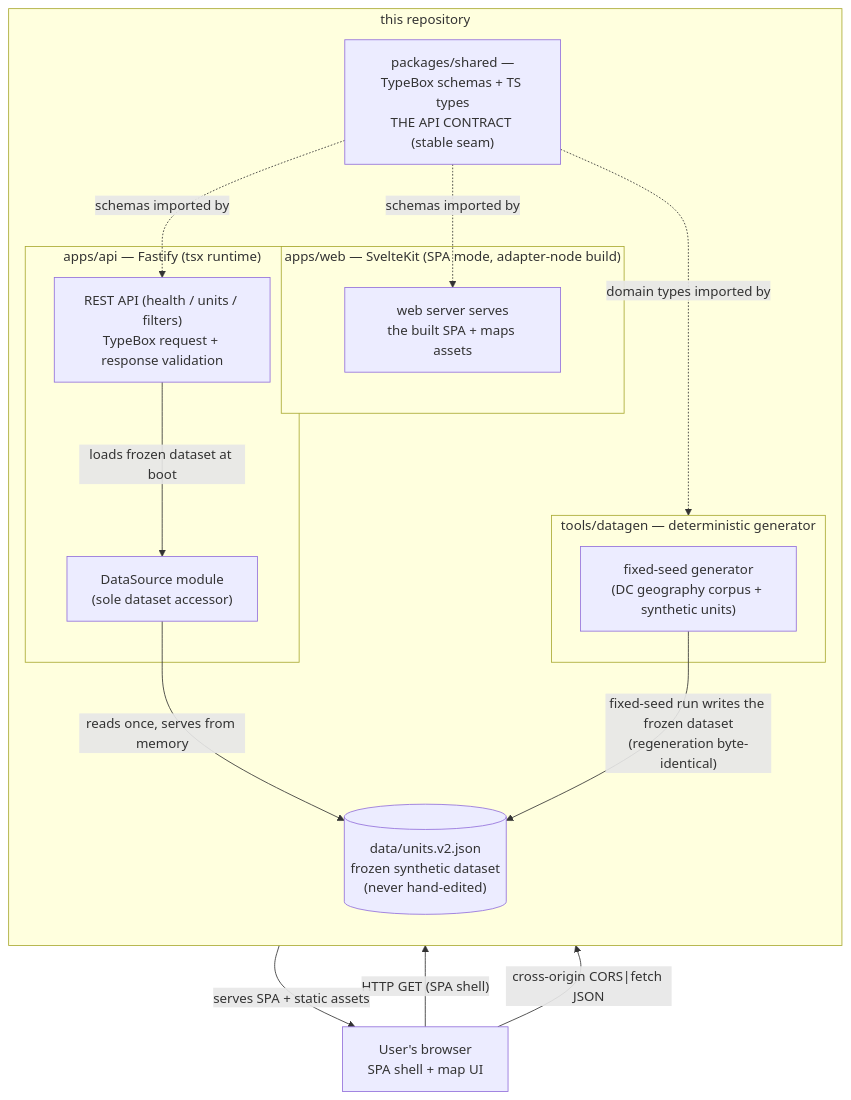
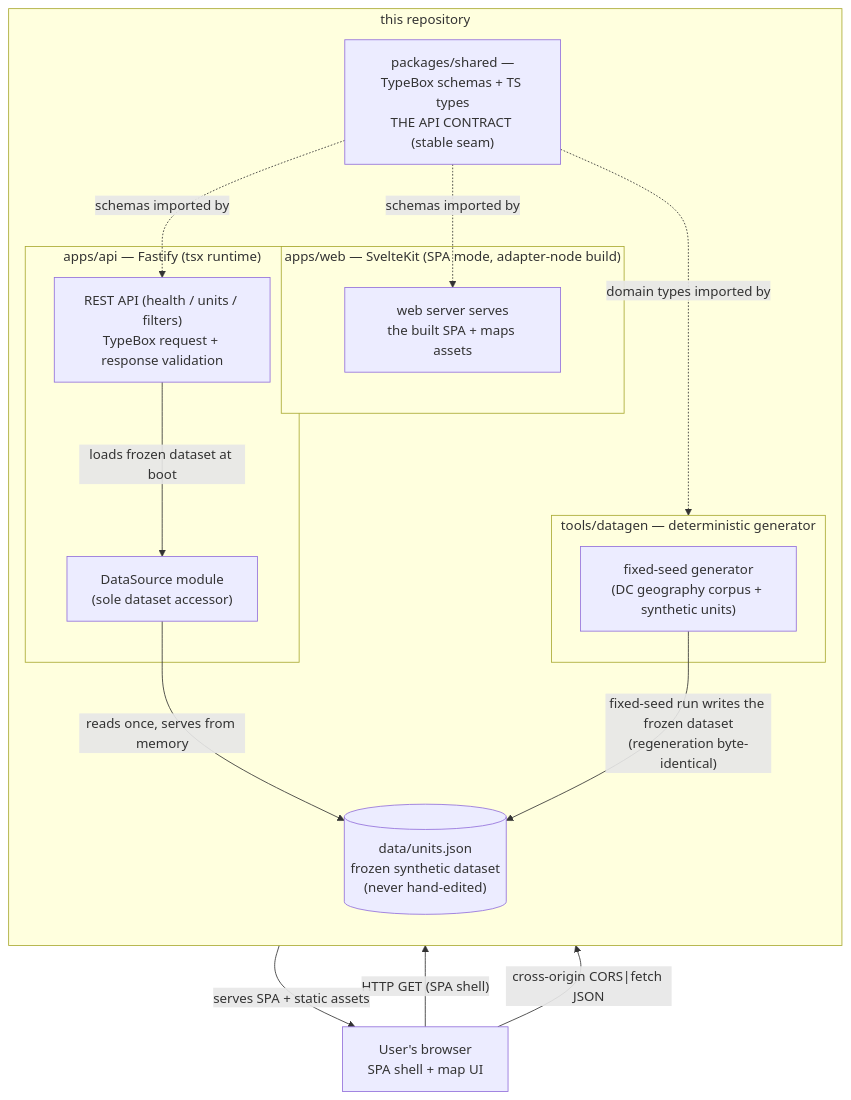
One commit to civictechdc/dc-reentry-unlocked changed the diagram in docs/architecture.md. Above: the diagram before and after it, drawn with Mermaid. The commit also changed other lines of this file and 32 other files, not shown here.

First line of the commit message:
feat(shared)!: drop the contract to pre-1 schema version 0.2

````diff
--- a/docs/architecture.md
+++ b/docs/architecture.md
@@ -17,30 +17,30 @@
 ```mermaid
 flowchart TB
     user["User's browser<br/>SPA shell + map UI"]
 
     subgraph repo["this repository"]
         direction TB
         subgraph webapp["apps/web — SvelteKit (SPA mode, adapter-node build)"]
             web["web server serves<br/>the built SPA + maps assets"]
         end
         subgraph server["apps/api — Fastify (tsx runtime)"]
             api["REST API (health / units / filters)<br/>TypeBox request + response validation"]
             ds["DataSource module<br/>(sole dataset accessor)"]
         end
         subgraph generator["tools/datagen — deterministic generator"]
             datagen["fixed-seed generator<br/>(DC geography corpus + synthetic units)"]
         end
         contract["packages/shared —<br/>TypeBox schemas + TS types<br/>THE API CONTRACT (stable seam)"]
-        data[("data/units.v2.json<br/>frozen synthetic dataset<br/>(never hand-edited)")]
+        data[("data/units.json<br/>frozen synthetic dataset<br/>(never hand-edited)")]
     end
 
     user -- "HTTP GET (SPA shell)" --> web
     web -- "serves SPA + static assets" --> user
     user -- "cross-origin CORS|fetch JSON" --> api
     api -- "loads frozen dataset at boot" --> ds
     ds -- "reads once, serves from memory" --> data
     datagen -- "fixed-seed run writes the frozen dataset<br/>(regeneration byte-identical)" --> data
     contract -. "schemas imported by" .-> api
     contract -. "schemas imported by" .-> web
     contract -. "domain types imported by" .-> generator
 ```
````
